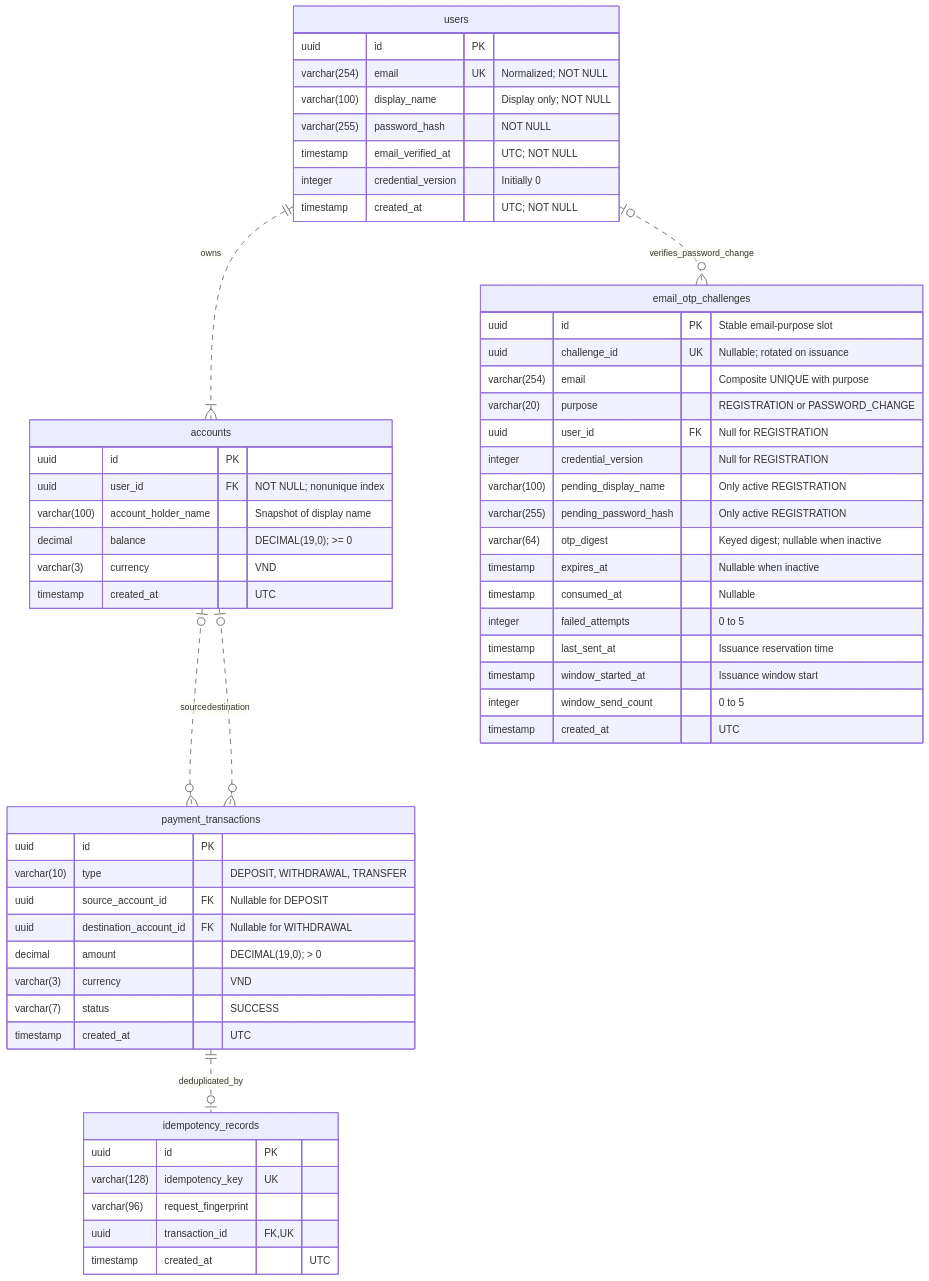
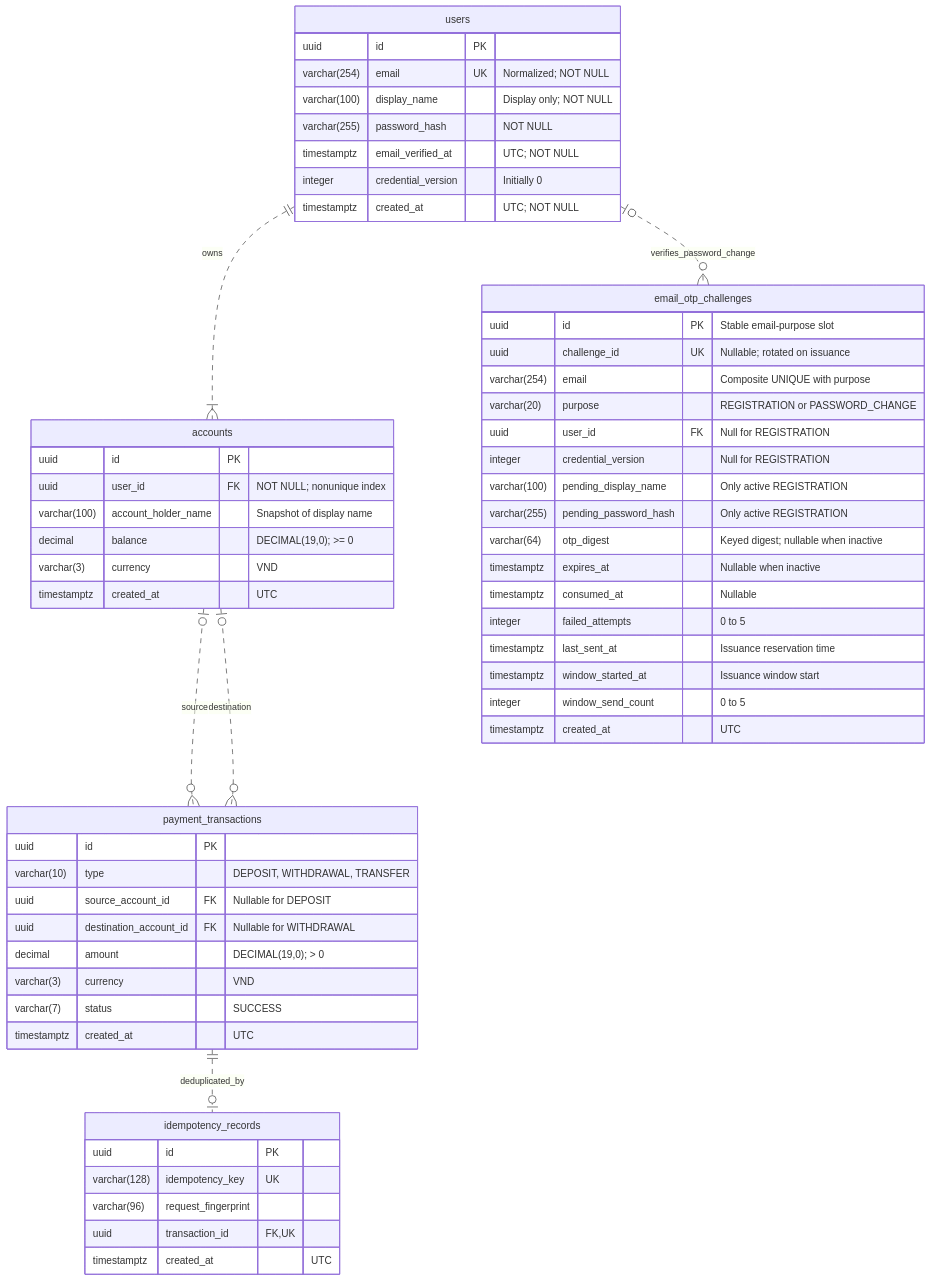
The diagram in docs/database-erd.md (minh14122004/java-payment-processing-system), drawn with Mermaid before and after one commit. The commit also changed other lines of this file and 6 other files, not shown here.

````diff
--- a/docs/database-erd.md
+++ b/docs/database-erd.md
@@ -5,65 +5,65 @@
 ```mermaid
 erDiagram
     users ||..|{ accounts : owns
     accounts o|..o{ payment_transactions : source
     accounts o|..o{ payment_transactions : destination
     payment_transactions ||..o| idempotency_records : deduplicated_by
     users o|..o{ email_otp_challenges : verifies_password_change
 
     users {
         uuid id PK
         varchar(254) email UK "Normalized; NOT NULL"
         varchar(100) display_name "Display only; NOT NULL"
         varchar(255) password_hash "NOT NULL"
-        timestamp email_verified_at "UTC; NOT NULL"
+        timestamptz email_verified_at "UTC; NOT NULL"
         integer credential_version "Initially 0"
-        timestamp created_at "UTC; NOT NULL"
+        timestamptz created_at "UTC; NOT NULL"
     }
 
     accounts {
         uuid id PK
         uuid user_id FK "NOT NULL; nonunique index"
         varchar(100) account_holder_name "Snapshot of display name"
         decimal balance "DECIMAL(19,0); >= 0"
         varchar(3) currency "VND"
-        timestamp created_at "UTC"
+        timestamptz created_at "UTC"
     }
 
     payment_transactions {
         uuid id PK
         varchar(10) type "DEPOSIT, WITHDRAWAL, TRANSFER"
         uuid source_account_id FK "Nullable for DEPOSIT"
         uuid destination_account_id FK "Nullable for WITHDRAWAL"
         decimal amount "DECIMAL(19,0); > 0"
         varchar(3) currency "VND"
         varchar(7) status "SUCCESS"
-        timestamp created_at "UTC"
+        timestamptz created_at "UTC"
     }
 
     idempotency_records {
         uuid id PK
         varchar(128) idempotency_key UK
         varchar(96) request_fingerprint
         uuid transaction_id FK, UK
-        timestamp created_at "UTC"
+        timestamptz created_at "UTC"
     }
 
     email_otp_challenges {
         uuid id PK "Stable email-purpose slot"
         uuid challenge_id UK "Nullable; rotated on issuance"
         varchar(254) email "Composite UNIQUE with purpose"
         varchar(20) purpose "REGISTRATION or PASSWORD_CHANGE"
         uuid user_id FK "Null for REGISTRATION"
         integer credential_version "Null for REGISTRATION"
         varchar(100) pending_display_name "Only active REGISTRATION"
         varchar(255) pending_password_hash "Only active REGISTRATION"
         varchar(64) otp_digest "Keyed digest; nullable when inactive"
-        timestamp expires_at "Nullable when inactive"
-        timestamp consumed_at "Nullable"
+        timestamptz expires_at "Nullable when inactive"
+        timestamptz consumed_at "Nullable"
         integer failed_attempts "0 to 5"
-        timestamp last_sent_at "Issuance reservation time"
-        timestamp window_started_at "Issuance window start"
+        timestamptz last_sent_at "Issuance reservation time"
+        timestamptz window_started_at "Issuance window start"
         integer window_send_count "0 to 5"
-        timestamp created_at "UTC"
+        timestamptz created_at "UTC"
     }
 ```
````
